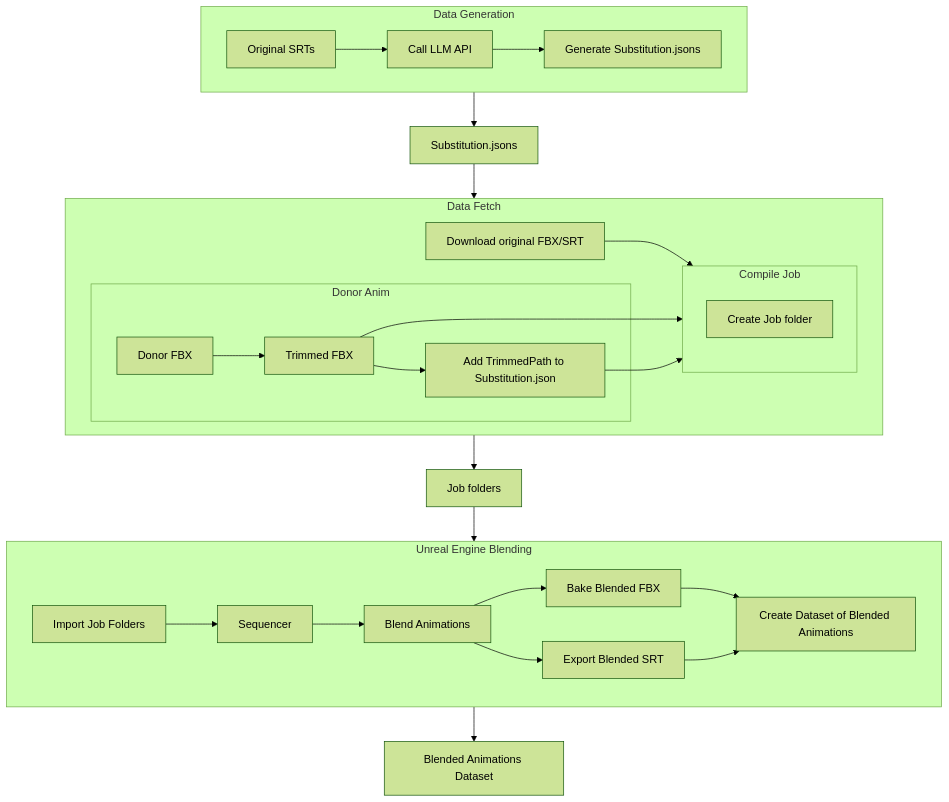
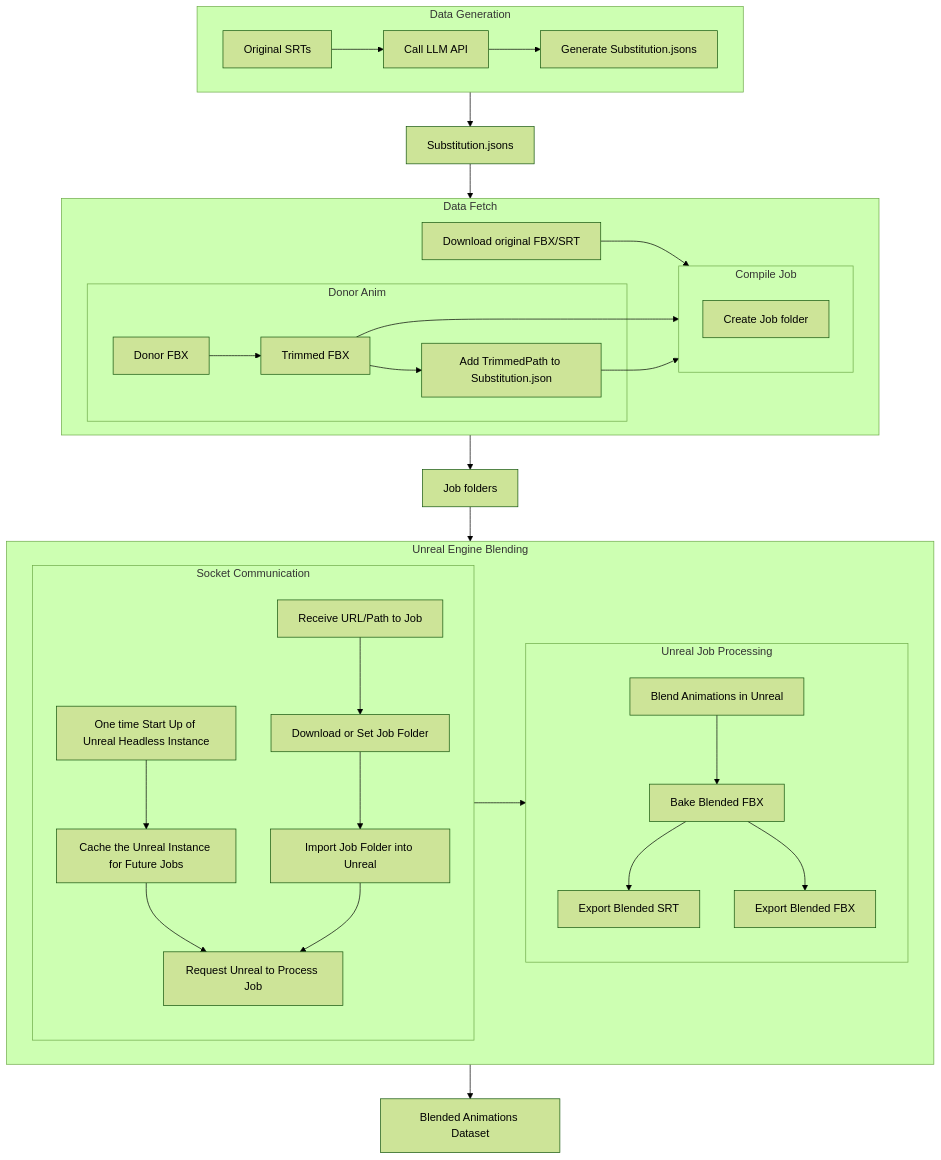
One commit to mabeltje/PythonParseSplit changed the diagram in Dataflow.md. Above: the diagram before and after it, drawn with Mermaid (forest theme). The commit also changed 2 other files, not shown here.

Commit message:
Started running headless

````diff
--- a/Dataflow.md
+++ b/Dataflow.md
@@ -1,42 +1,59 @@
 ```mermaid
 flowchart TD
     subgraph C[Data Generation]
         A0a[Original SRTs] --> A0b[Call LLM API]
         A0b --> A0c[Generate Substitution.jsons]
     end
 
     C --> D[Substitution.jsons]
     D --> A[Data Fetch]
 
     subgraph A[Data Fetch]
         A6b[Download original FBX/SRT]
     
         subgraph A5[Donor Anim]
             A5a[Donor FBX] --> A5b[Trimmed FBX]
             A5b --> A5c[Add TrimmedPath to Substitution.json]
         end
 
         subgraph A6[Compile Job]
             A6a[Create Job folder]
         end
 
         A6b --> A6
         A5b --> A6
         A5c --> A6
     end
 
     A --> B[Job folders]
     B --> E[Unreal Engine Blending]
 
     subgraph E[Unreal Engine Blending]
-        E1[Import Job Folders] --> E2[Sequencer] 
-        E2 --> E3[Blend Animations]
-        E3 --> E4[Bake Blended FBX]
-        E3 --> E5[Export Blended SRT]
-        E4 --> E6[Create Dataset of Blended Animations]
-        E5 --> E6
+        subgraph E0[Socket Communication]
+            E0z[One time Start Up of Unreal Headless Instance]
+            E0y[Cache the Unreal Instance for Future Jobs]
+            E0a[Receive URL/Path to Job]
+            E0b[Download or Set Job Folder]
+            E0c[Import Job Folder into Unreal]
+            E0d[Request Unreal to Process Job]
+
+            E0z --> E0y --> E0d
+            E0a --> E0b --> E0c --> E0d
+        end
+
+        subgraph E1[Unreal Job Processing]
+            E1b[Blend Animations in Unreal]
+            E1c[Bake Blended FBX]
+            E1d[Export Blended SRT]
+            E1e[Export Blended FBX]
+
+            E1b --> E1c --> E1d
+            E1c --> E1e
+        end
+
+        E0 --> E1
     end
 
     E --> F[Blended Animations Dataset]
 
 ```
````
